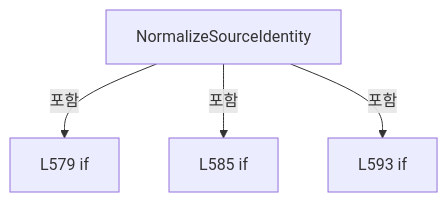
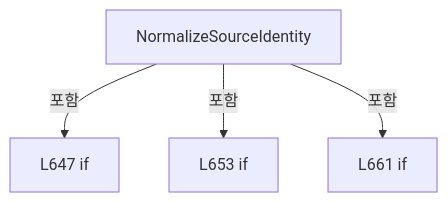
One commit to kjuws10-rgb/Shared changed diagram 14 of 19 in A3 LD Code Ref/files/Drilling.File/ReviewOffset/CReviewOffsetFile.cs.md. Above: the diagram before and after it, drawn with Mermaid. The commit also changed other lines of this file and 2071 other files, not shown here.

Commit message:
docs(a3): update 11.19.0 architecture and code reference

````diff
--- a/A3 LD Code Ref/files/Drilling.File/ReviewOffset/CReviewOffsetFile.cs.md
+++ b/A3 LD Code Ref/files/Drilling.File/ReviewOffset/CReviewOffsetFile.cs.md
@@ -1765,10 +1893,10 @@
 ```mermaid
 flowchart TD
  M["NormalizeSourceIdentity"]
- N0["L579 if"]
+ N0["L647 if"]
  M -->|포함| N0
- N1["L585 if"]
+ N1["L653 if"]
  M -->|포함| N1
- N2["L593 if"]
+ N2["L661 if"]
  M -->|포함| N2
 ```
````
